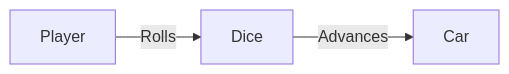
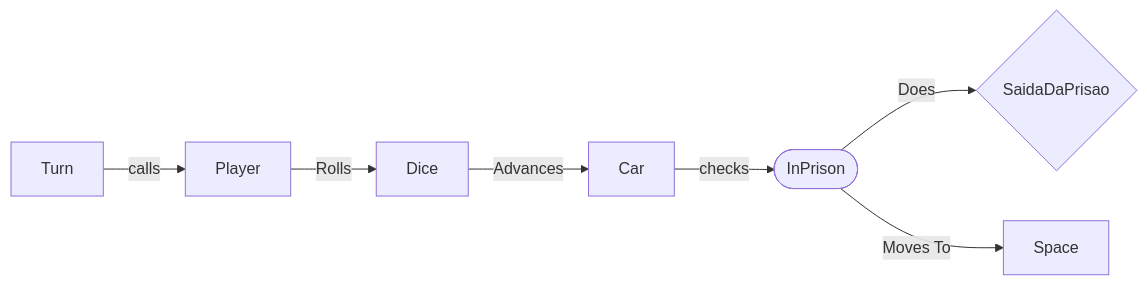
One commit to duduardo45/INF1636-POO-Banco-Imobiliario changed the third of 10 diagrams in README.md. Above: the diagram before and after it, drawn with Mermaid. The commit also changed other lines of this file, not shown here.

Commit message:
faz diagramas de ocorrencias necessarias para 1a iteracao

````diff
--- a/README.md
+++ b/README.md
@@ -50,4 +59,7 @@
 ```mermaid
 flowchart LR;
-    Player-- Rolls --> Dice -- Advances --> Car;
+    Turn -- calls --> Player -- Rolls --> Dice -- Advances --> Car;
+    Car -- checks --> id([InPrison]);
+    id([InPrison]) -- Does --> id2{SaidaDaPrisao};
+    id([InPrison]) -- "Moves To" --> Space;
 ```
````
